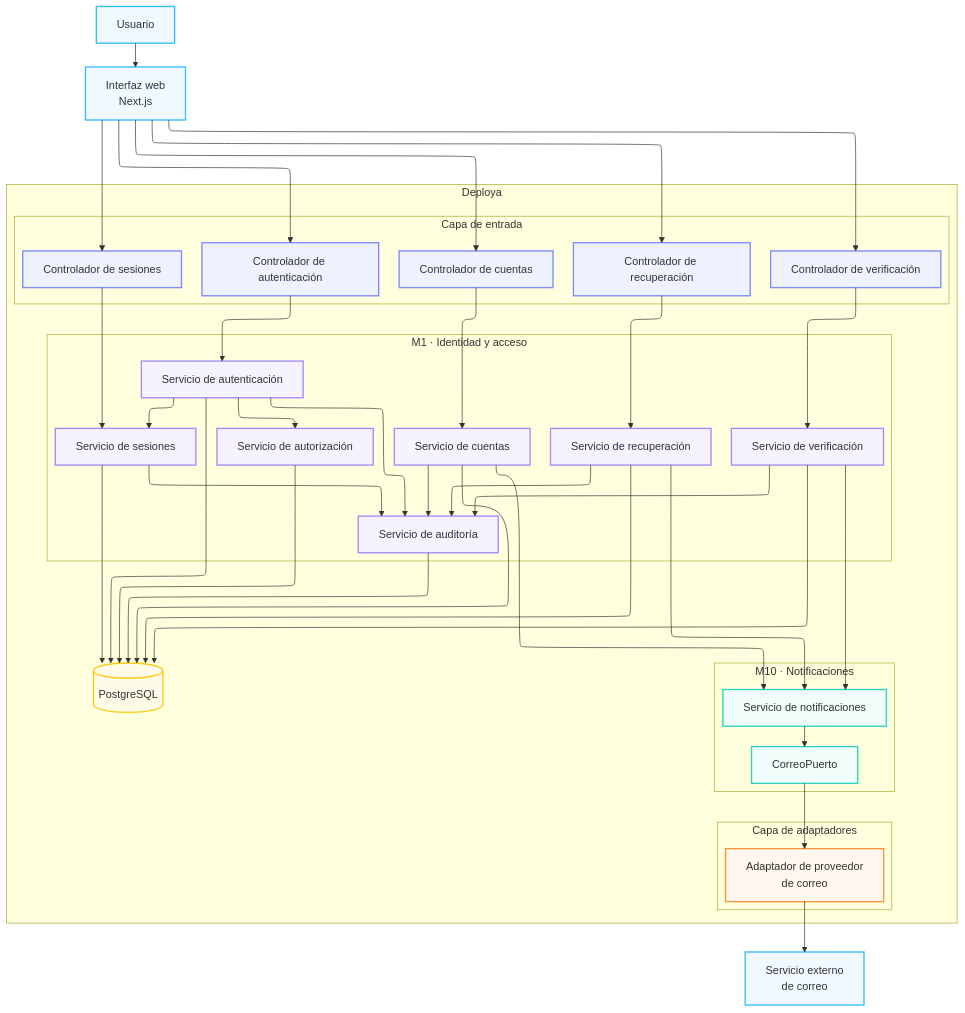
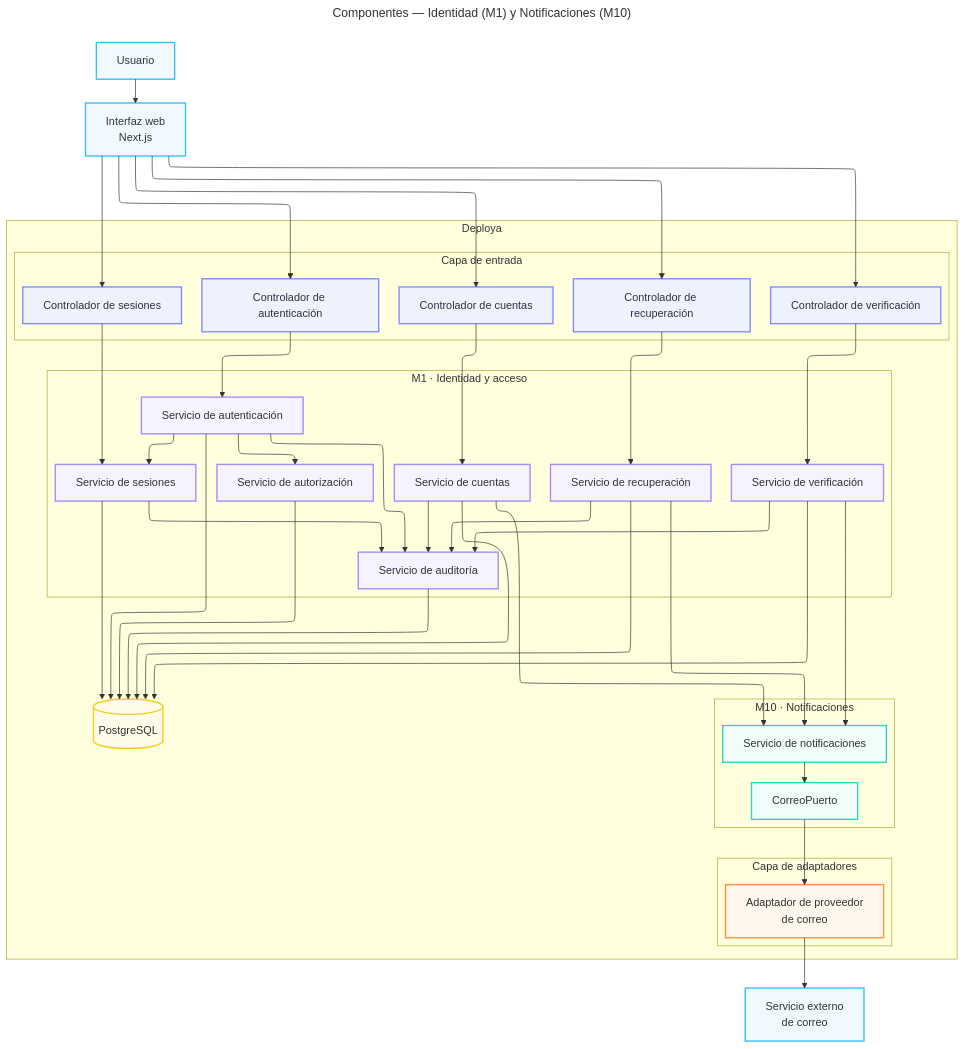
One commit to derekCmorales/deploya changed the eighth of 31 diagrams in docs/arquitectura-maestro.md. Above: the diagram before and after it, drawn with Mermaid. The commit also changed other lines of this file and 100 other files, not shown here.

````diff
--- a/docs/arquitectura-maestro.md
+++ b/docs/arquitectura-maestro.md
@@ -550,5 +550,6 @@
 ```mermaid
 ---
+title: Componentes — Identidad (M1) y Notificaciones (M10)
 config:
   layout: elk
 ---
````
